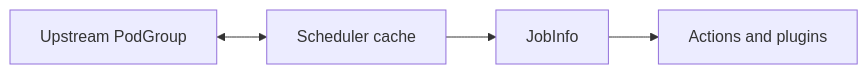
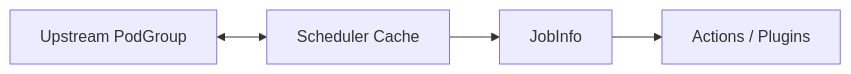
Diagram 11 of 11 in docs/research/k8s-workload-aware-scheduling-vs-volcano.md (JesseStutler/volcano), drawn with Mermaid before and after one commit. The commit also changed other lines of this file and 1 other file, not shown here.

````diff
--- a/docs/research/k8s-workload-aware-scheduling-vs-volcano.md
+++ b/docs/research/k8s-workload-aware-scheduling-vs-volcano.md
@@ -530,10 +449,10 @@
 ```mermaid
 flowchart LR
     UB["Upstream PodGroup"]
-    CB["Scheduler cache"]
+    CB["Scheduler Cache"]
     JB["JobInfo"]
-    SB["Actions and plugins"]
+    SB["Actions / Plugins"]
     UB <--> CB
     CB --> JB
     JB --> SB
 ```
````
